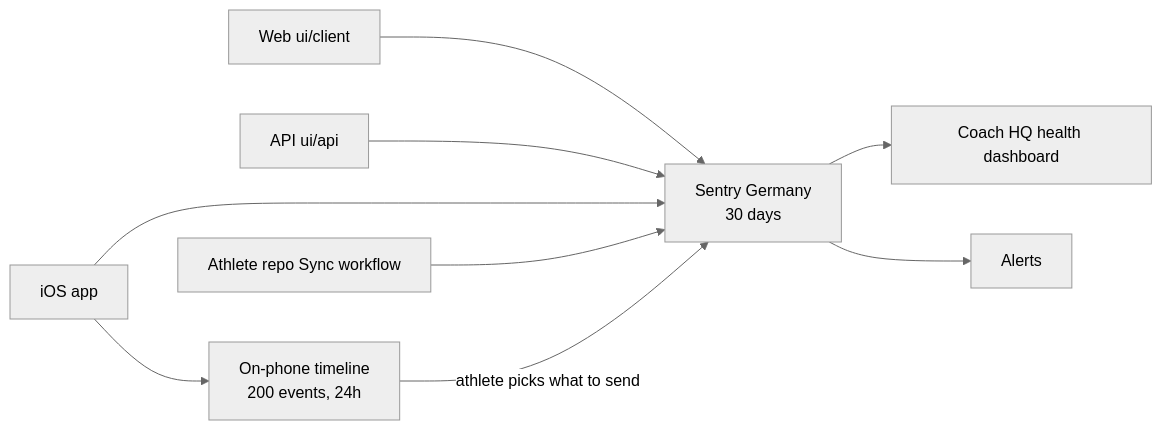
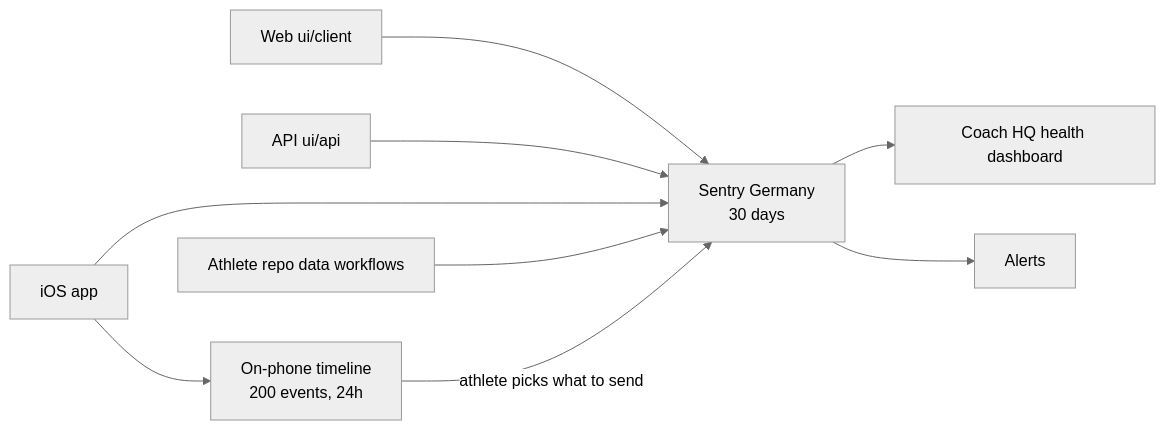
One commit to sibling-shipyard/coach-hq changed the diagram in docs/eng-docs/ops-observability.md. Above: the diagram before and after it, drawn with Mermaid (neutral theme). The commit also changed other lines of this file and 5 other files, not shown here.

````diff
--- a/docs/eng-docs/ops-observability.md
+++ b/docs/eng-docs/ops-observability.md
@@ -14,11 +14,11 @@
 ```mermaid
 flowchart LR
   W["Web ui/client"] --> S["Sentry Germany<br/>30 days"]
   A["API ui/api"] --> S
   I["iOS app"] --> S
-  Y["Athlete repo Sync workflow"] --> S
+  Y["Athlete repo data workflows"] --> S
   I --> T["On-phone timeline<br/>200 events, 24h"]
   T -->|"athlete picks what to send"| S
   S --> D["Coach HQ health dashboard"]
   S --> L["Alerts"]
 ```
````
